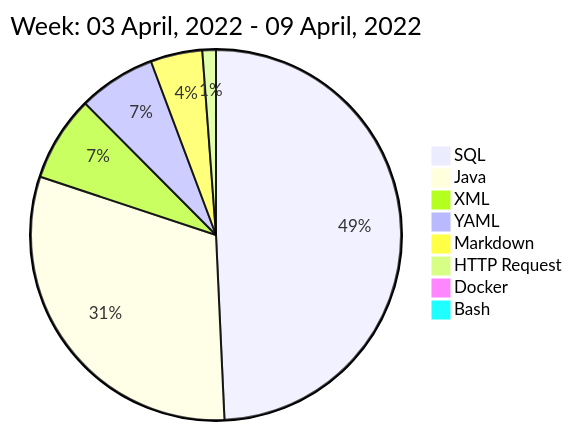
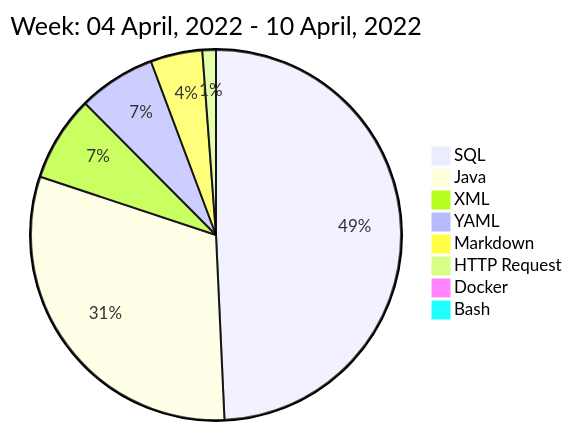
One commit to liubin95/liubin95 changed the diagram in README.md. Above: the diagram before and after it, drawn with Mermaid.

Commit message:
Updated the Graph with new Metrics

````diff
--- a/README.md
+++ b/README.md
@@ -40,12 +40,12 @@
 ```mermaid
  pie
-title Week: 03 April, 2022 - 09 April, 2022
+title Week: 04 April, 2022 - 10 April, 2022
  "SQL" : 7.08
  "Java" : 4.43
  "XML" : 1.07
  "YAML" : 0.97
  "Markdown" : 0.65
  "HTTP Request" : 0.17
  "Docker" : 0.07
  "Bash" : 0.03
 ```
````
